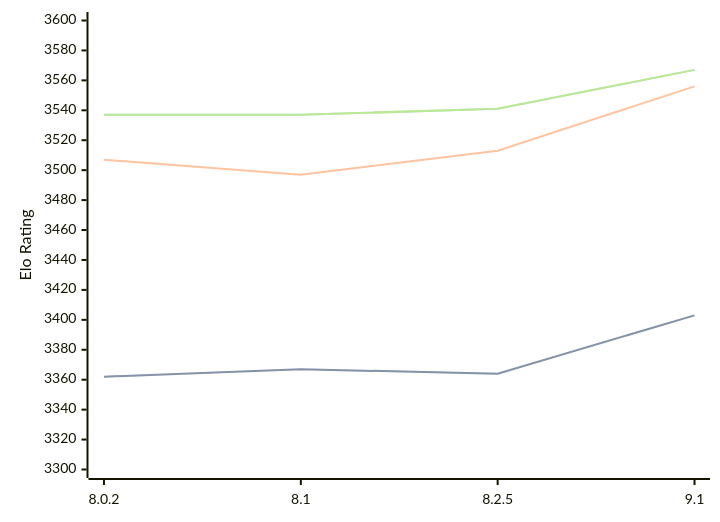
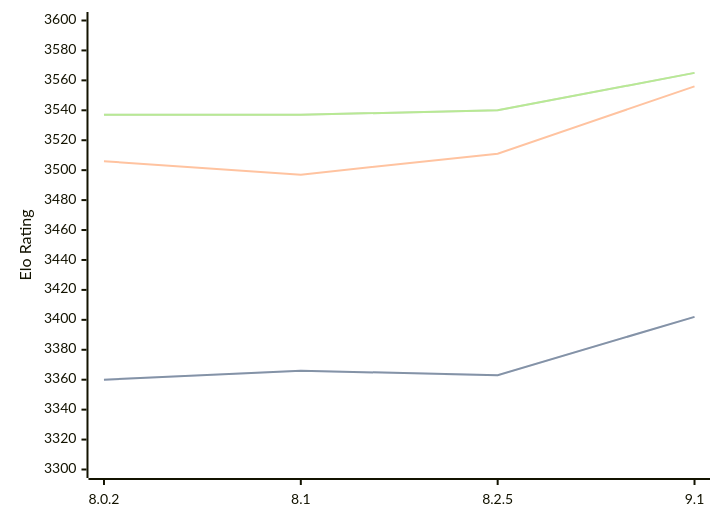
The diagram in engines/Clover.md (computer-chess-index/cci), drawn with Mermaid before and after one commit. The commit also changed other lines of this file, not shown here.

Commit message:
Update CCI Ratings (ELO VLTC) - 2026-03-23

````diff
--- a/engines/Clover.md
+++ b/engines/Clover.md
@@ -64,11 +64,11 @@
 ```mermaid
 %%{init: {"theme":"base","themeVariables":{"seriesColors:['#a3a3a3','#222221','#faa371']}}}%%
 xychart-beta
   x-axis ["8.0.2", "8.1", "8.2.5", "9.1"]
   y-axis "Elo Rating" 3300 --> 3600
-  line "STC (8.0+0.08s)" [3362, 3367, 3364, 3403]
-  line "STC (8.0+0.08s)" [3362, 3367, 3364, 3403]
-  line "LTC (60.0+0.60s)" [3507, 3497, 3513, 3556]
-  line "VLTC (2m24s+1.12s)" [3537, 3537, 3541, 3567]
-  line "VLTC (2m24s+1.12s)" [3537, 3537, 3541, 3567]
+  line "STC (8.0+0.08s)" [3360, 3366, 3363, 3402]
+  line "STC (8.0+0.08s)" [3360, 3366, 3363, 3402]
+  line "LTC (60.0+0.60s)" [3506, 3497, 3511, 3556]
+  line "VLTC (2m24s+1.12s)" [3537, 3537, 3540, 3565]
+  line "VLTC (2m24s+1.12s)" [3537, 3537, 3540, 3565]
 ```
````
